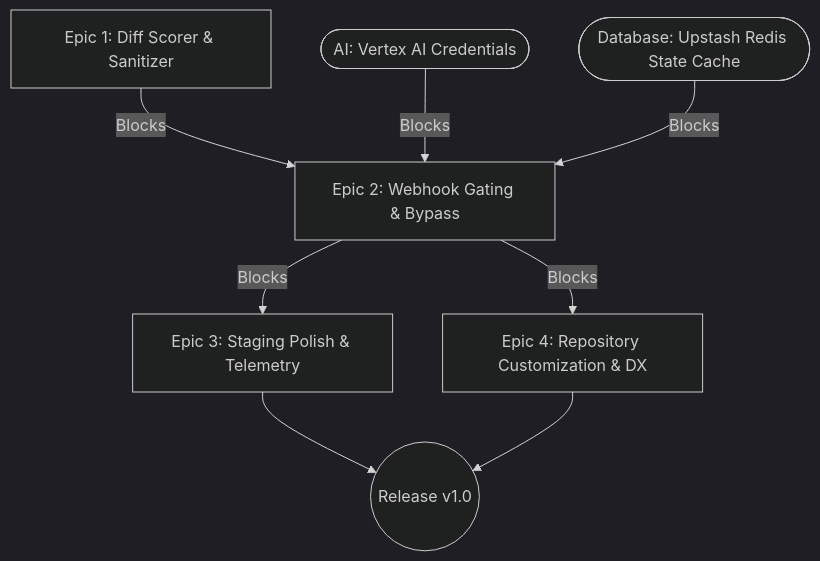
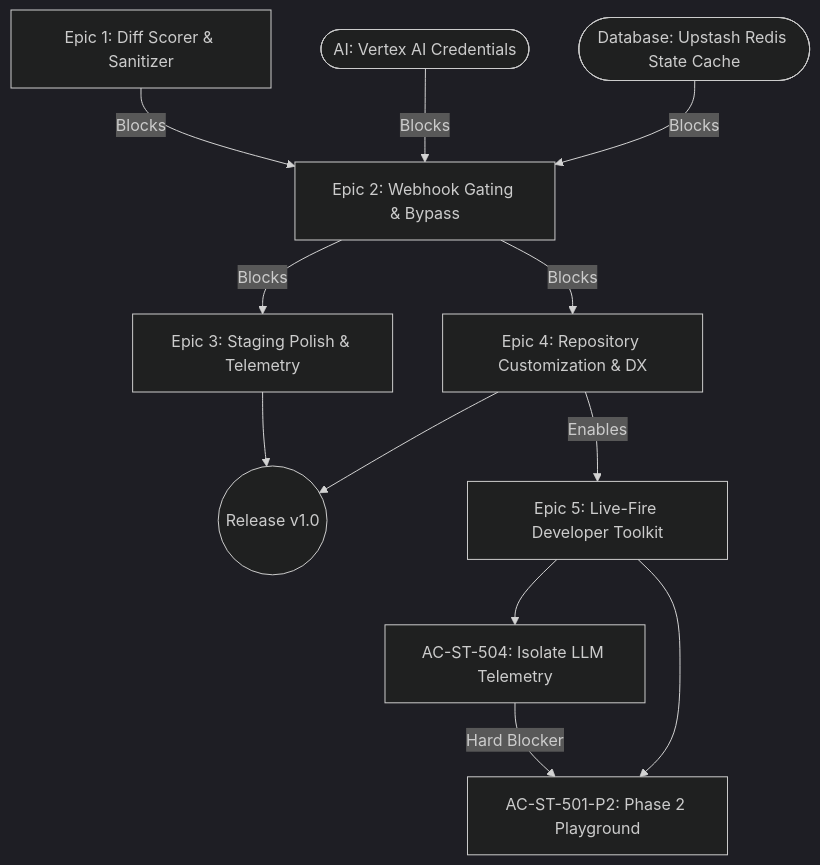
The diagram in docs/PM/Dependency_Register.md (tinhct/archi-check), drawn with Mermaid (dark theme) before and after one commit. The commit also changed other lines of this file and 24 other files, not shown here.

````diff
--- a/docs/PM/Dependency_Register.md
+++ b/docs/PM/Dependency_Register.md
@@ -9,10 +9,14 @@
 ```mermaid
 graph TD
     A[Epic 1: Diff Scorer & Sanitizer] -->|Blocks| B[Epic 2: Webhook Gating & Bypass]
     C([AI: Vertex AI Credentials]) -->|Blocks| B
     D([Database: Upstash Redis State Cache]) -->|Blocks| B
     B -->|Blocks| E[Epic 3: Staging Polish & Telemetry]
     B -->|Blocks| G[Epic 4: Repository Customization & DX]
     E --> F((Release v1.0))
     G --> F
+    G -->|Enables| H[Epic 5: Live-Fire Developer Toolkit]
+    H5_504[AC-ST-504: Isolate LLM Telemetry] -->|Hard Blocker| H5_501P2[AC-ST-501-P2: Phase 2 Playground]
+    H --> H5_504
+    H --> H5_501P2
 ```
````
